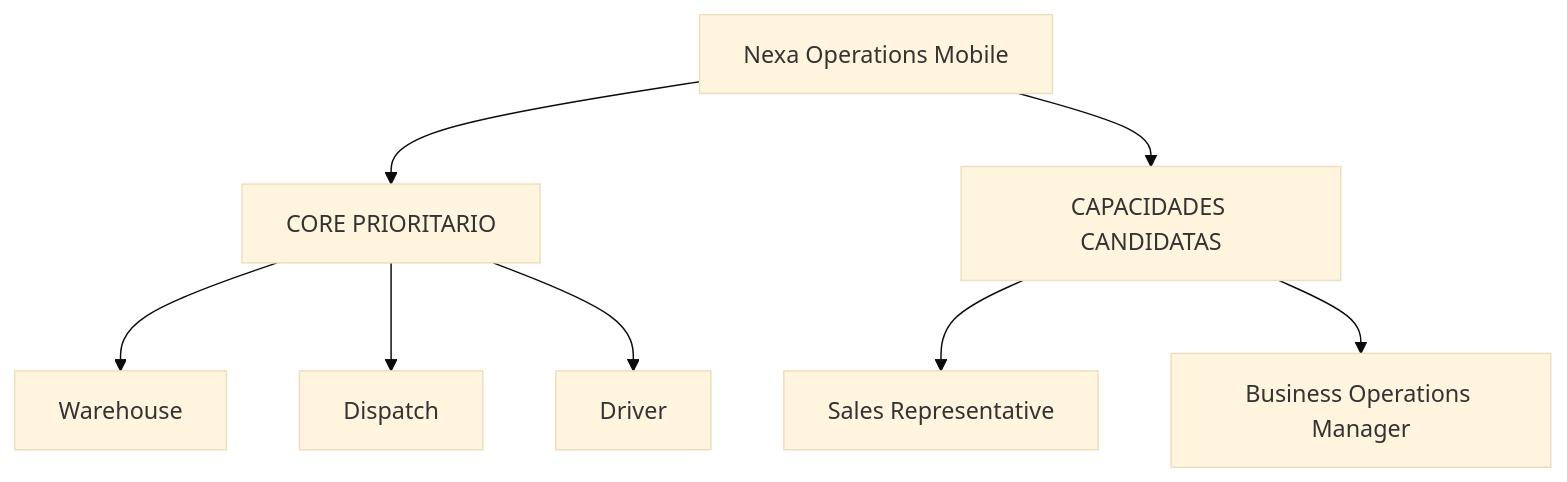
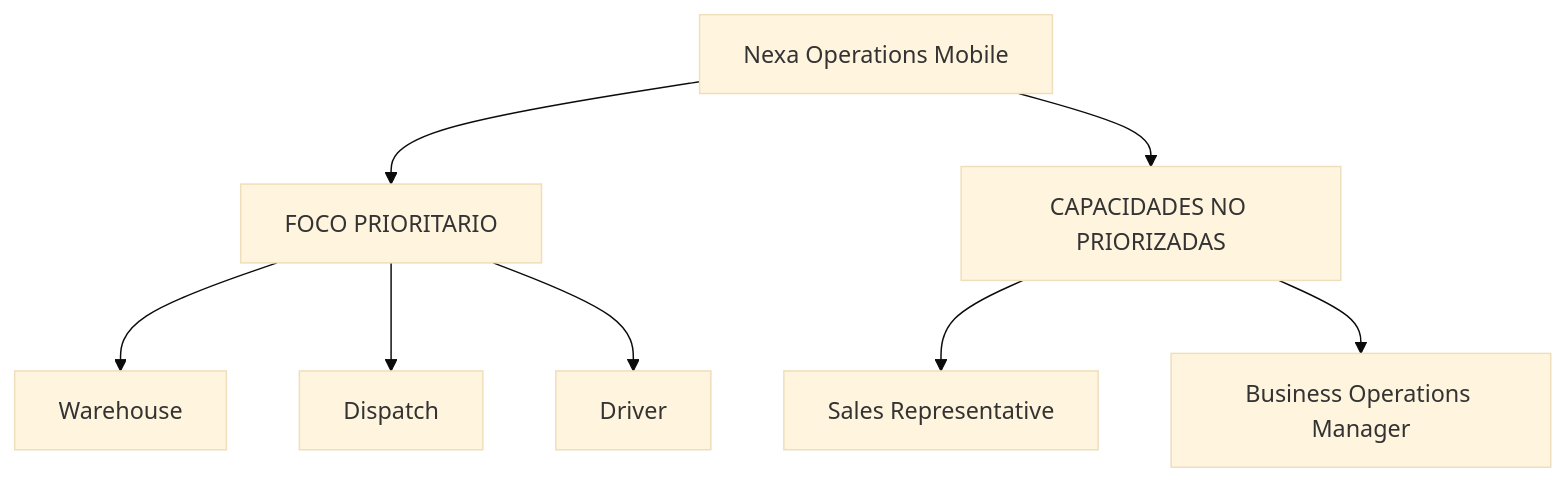
The first of 2 diagrams in report/01-presentation/1.3-target-segments.md (nexa-suite/mobile-report), drawn with Mermaid (base theme) before and after one commit. The commit also changed other lines of this file and 8 other files, not shown here.

````diff
--- a/report/01-presentation/1.3-target-segments.md
+++ b/report/01-presentation/1.3-target-segments.md
@@ -90,16 +92,16 @@
 ```mermaid
 flowchart TD
     OM["Nexa Operations Mobile"]
-    CORE["CORE PRIORITARIO"]
-    POST["CAPACIDADES CANDIDATAS"]
+    CORE["FOCO PRIORITARIO"]
+    POST["CAPACIDADES NO PRIORIZADAS"]
 
     OM --> CORE
     OM --> POST
 
     CORE --> W["Warehouse"]
     CORE --> D["Dispatch"]
     CORE --> DR["Driver"]
 
     POST --> S["Sales Representative"]
     POST --> BOM["Business Operations Manager"]
 ```
````
